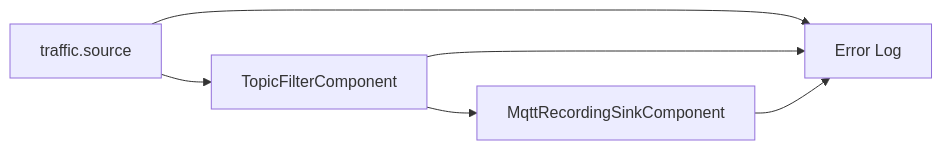
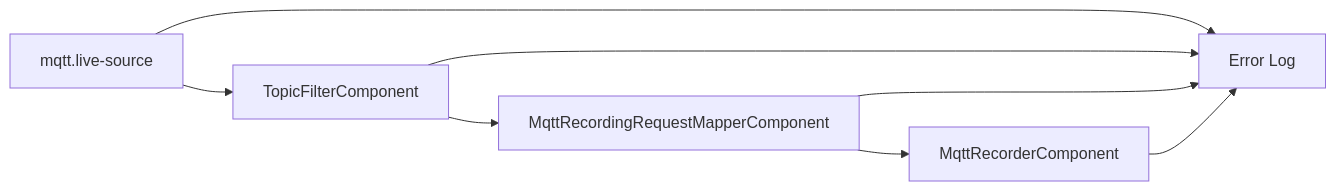
One commit to araxis/FluxMq changed diagram 18 of 19 in docs/flow-components.md. Above: the diagram before and after it, drawn with Mermaid. The commit also changed other lines of this file and 70 other files, not shown here.

First line of the commit message:
feat: improve live inspector UX — topic selection, search, pagination… (#57)

````diff
--- a/docs/flow-components.md
+++ b/docs/flow-components.md
@@ -590,8 +631,10 @@
 ```mermaid
 flowchart LR
-    Source["traffic.source"] --> Filter["TopicFilterComponent"]
-    Filter --> Record["MqttRecordingSinkComponent"]
+    Source["mqtt.live-source"] --> Filter["TopicFilterComponent"]
+    Filter --> Mapper["MqttRecordingRequestMapperComponent"]
+    Mapper --> Recorder["MqttRecorderComponent"]
     Source --> ErrorLog["Error Log"]
     Filter --> ErrorLog
-    Record --> ErrorLog
+    Mapper --> ErrorLog
+    Recorder --> ErrorLog
 ```
````
